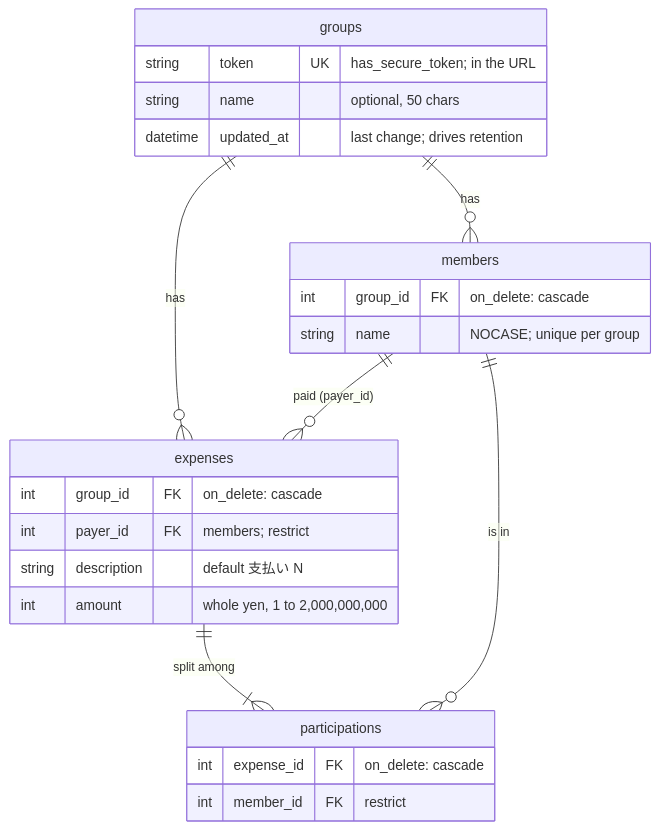
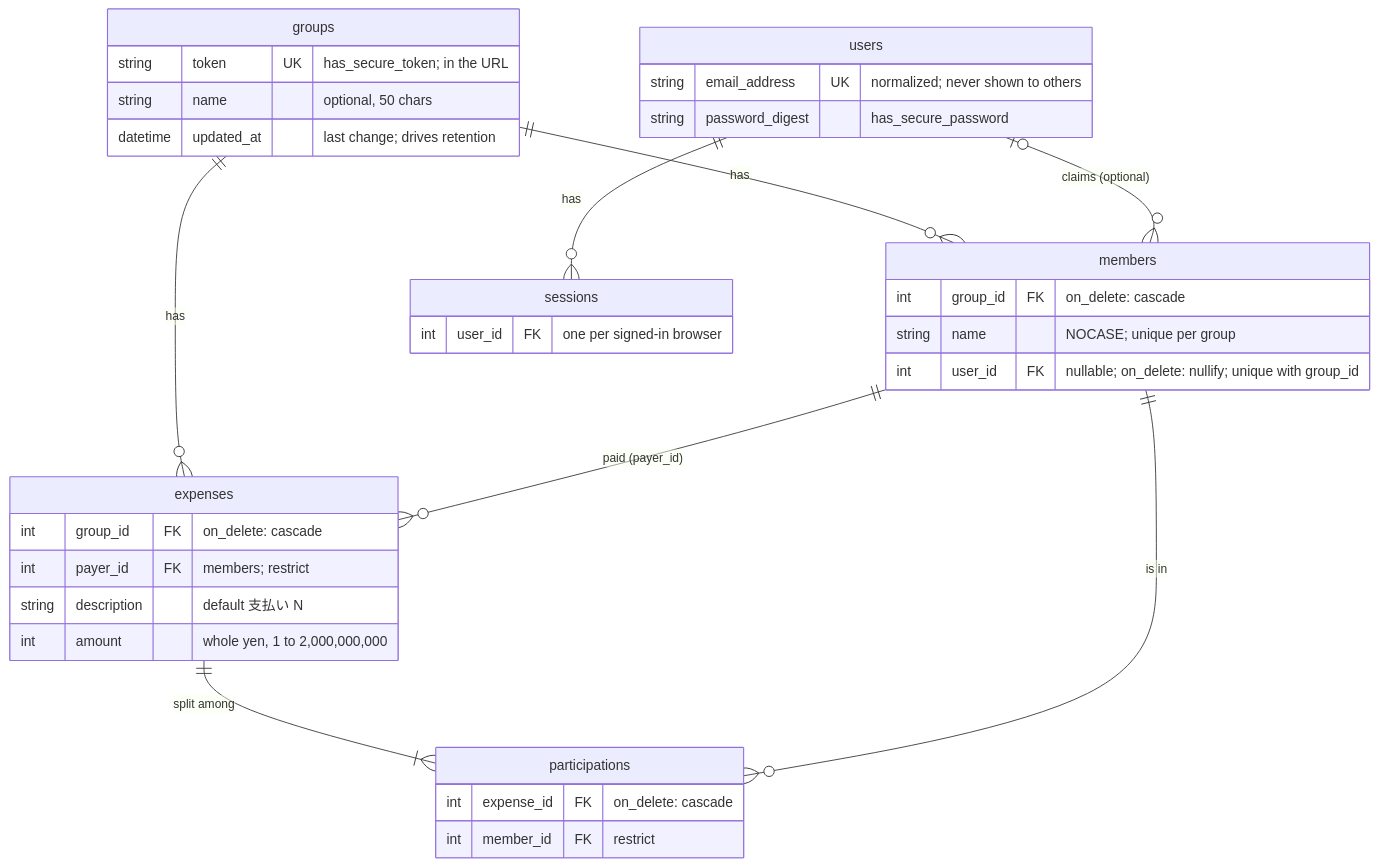
One commit to luisrrv/okanjo changed the second of 3 diagrams in docs/ARCHITECTURE.md. Above: the diagram before and after it, drawn with Mermaid. The commit also changed other lines of this file and 19 other files, not shown here.

````diff
--- a/docs/ARCHITECTURE.md
+++ b/docs/ARCHITECTURE.md
@@ -57,28 +57,38 @@
 ```mermaid
 erDiagram
   groups ||--o{ members : has
   groups ||--o{ expenses : has
   members ||--o{ expenses : "paid (payer_id)"
   expenses ||--|{ participations : "split among"
   members ||--o{ participations : "is in"
+  users |o--o{ members : "claims (optional)"
+  users ||--o{ sessions : has
 
   groups {
     string token UK "has_secure_token; in the URL"
     string name "optional, 50 chars"
     datetime updated_at "last change; drives retention"
   }
   members {
     int group_id FK "on_delete: cascade"
     string name "NOCASE; unique per group"
+    int user_id FK "nullable; on_delete: nullify; unique with group_id"
+  }
+  users {
+    string email_address UK "normalized; never shown to others"
+    string password_digest "has_secure_password"
+  }
+  sessions {
+    int user_id FK "one per signed-in browser"
   }
   expenses {
     int group_id FK "on_delete: cascade"
     int payer_id FK "members; restrict"
     string description "default 支払い N"
     int amount "whole yen, 1 to 2,000,000,000"
   }
   participations {
     int expense_id FK "on_delete: cascade"
     int member_id FK "restrict"
   }
 ```
````
